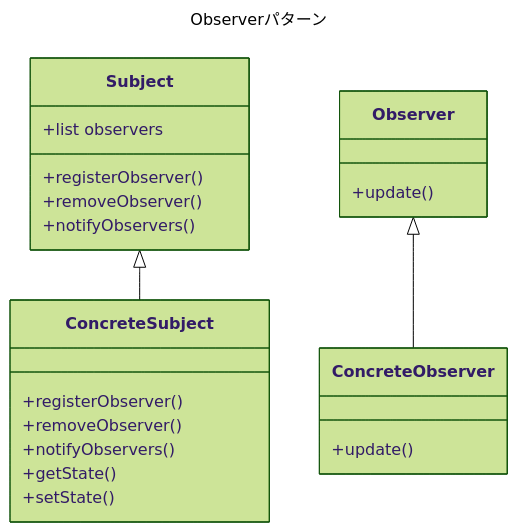
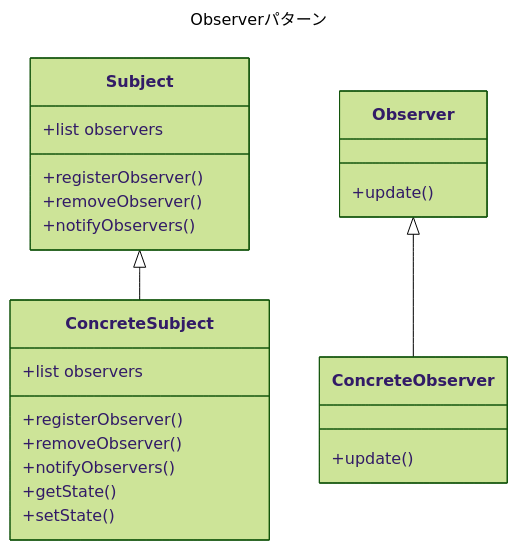
Before and after one commit to Ryutaro-horiuchi/self-development: the diagram in blog/2024/06/PythonでObserverパターン.md, drawn with Mermaid (forest theme). The commit also changed other lines of this file, not shown here.

````diff
--- a/blog/2024/06/PythonでObserverパターン.md
+++ b/blog/2024/06/PythonでObserverパターン.md
@@ -46,32 +44,33 @@
 ```mermaid
 ---
 title: Observerパターン
 ---
 
 classDiagram
   direction TB
   class Subject {
      +list observers
      +registerObserver()
      +removeObserver()
      +notifyObservers()
   }
   class ConcreteSubject {
+　　　　　　　　　　+list observers
      +registerObserver()
      +removeObserver()
      +notifyObservers()
 
      +getState()
      +setState()
   }
   Subject <|-- ConcreteSubject
   class Observer {
     +update()
   }
   class ConcreteObserver {
     +update()
   }
   
   Observer <|-- ConcreteObserver
 
 ```
````
